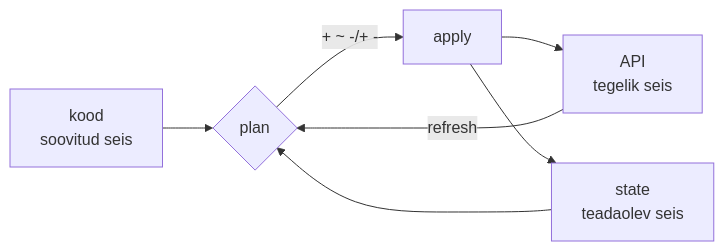
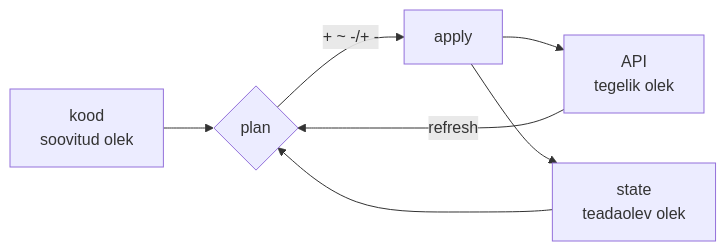
The diagram in docs/k04/loeng.md (hkhk-tk/is1-automatiseerimine), drawn with Mermaid before and after one commit. The commit also changed other lines of this file and 103 other files, not shown here.

````diff
--- a/docs/k04/loeng.md
+++ b/docs/k04/loeng.md
@@ -93,9 +93,9 @@
 ```mermaid
 flowchart LR
-    K["kood<br/>soovitud seis"] --> P{"plan"}
-    S["state<br/>teadaolev seis"] --> P
-    API["API<br/>tegelik seis"] -- refresh --> P
+    K["kood<br/>soovitud olek"] --> P{"plan"}
+    S["state<br/>teadaolev olek"] --> P
+    API["API<br/>tegelik olek"] -- refresh --> P
     P -- "+ ~ -/+ -" --> A["apply"]
     A --> API
     A --> S
 ```
````
